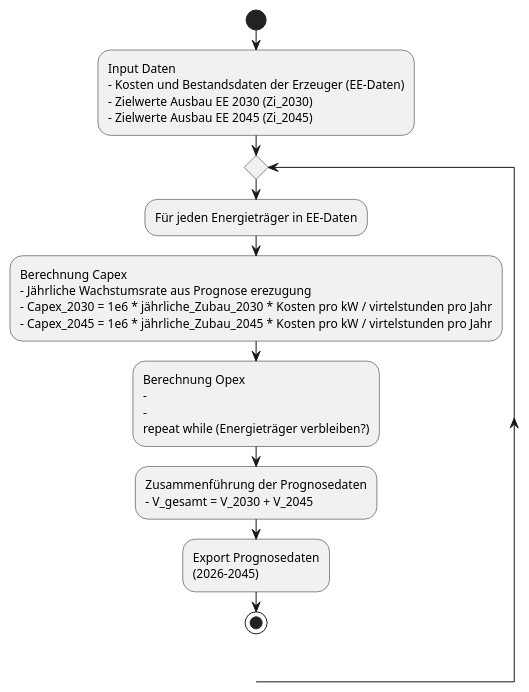
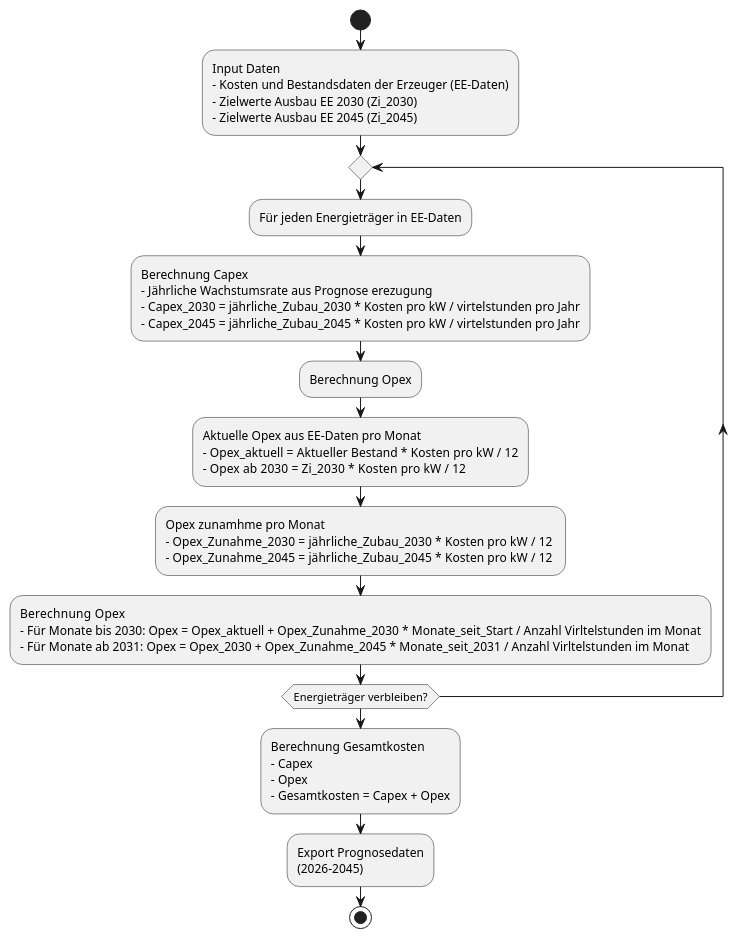
The diagram in Sonstiges/UML_Diagramme/Kosten.plantuml (gitroi/IPJ1-Pottkieker), drawn with PlantUML before and after one commit.

Commit message:
Diagramm für die Kosten

```diff
--- a/Sonstiges/UML_Diagramme/Kosten.plantuml
+++ b/Sonstiges/UML_Diagramme/Kosten.plantuml
@@ -1,32 +1,43 @@
 @startuml Capex und Opex des EE-Ausbaus
 
 start
 
 :Input Daten
 - Kosten und Bestandsdaten der Erzeuger (EE-Daten)
 - Zielwerte Ausbau EE 2030 (Zi_2030)
 - Zielwerte Ausbau EE 2045 (Zi_2045);
 
 repeat 
     :Für jeden Energieträger in EE-Daten;
 
 :Berechnung Capex
 - Jährliche Wachstumsrate aus Prognose erezugung
-- Capex_2030 = 1e6 * jährliche_Zubau_2030 * Kosten pro kW / virtelstunden pro Jahr
-- Capex_2045 = 1e6 * jährliche_Zubau_2045 * Kosten pro kW / virtelstunden pro Jahr;
+- Capex_2030 = jährliche_Zubau_2030 * Kosten pro kW / virtelstunden pro Jahr
+- Capex_2045 = jährliche_Zubau_2045 * Kosten pro kW / virtelstunden pro Jahr;
 
-:Berechnung Opex
-- 
--
+:Berechnung Opex;
+
+:Aktuelle Opex aus EE-Daten pro Monat
+- Opex_aktuell = Aktueller Bestand * Kosten pro kW  / 12
+- Opex ab 2030 = Zi_2030 * Kosten pro kW  / 12;
+
+:Opex zunamhme pro Monat
+- Opex_Zunahme_2030 = jährliche_Zubau_2030 * Kosten pro kW  / 12 
+- Opex_Zunahme_2045 = jährliche_Zubau_2045 * Kosten pro kW  / 12;
+
+:Berechnung  Opex
+- Für Monate bis 2030: Opex = Opex_aktuell + Opex_Zunahme_2030 * Monate_seit_Start / Anzahl Virltelstunden im Monat
+- Für Monate ab 2031: Opex = Opex_2030 + Opex_Zunahme_2045 * Monate_seit_2031 / Anzahl Virltelstunden im Monat;
+
 repeat while (Energieträger verbleiben?);
 
-
-
-:Zusammenführung der Prognosedaten
-- V_gesamt = V_2030 + V_2045;
+:Berechnung Gesamtkosten
+- Capex
+- Opex
+- Gesamtkosten = Capex + Opex;
 
 :Export Prognosedaten
 (2026–2045);
 
 stop
 @enduml
```
